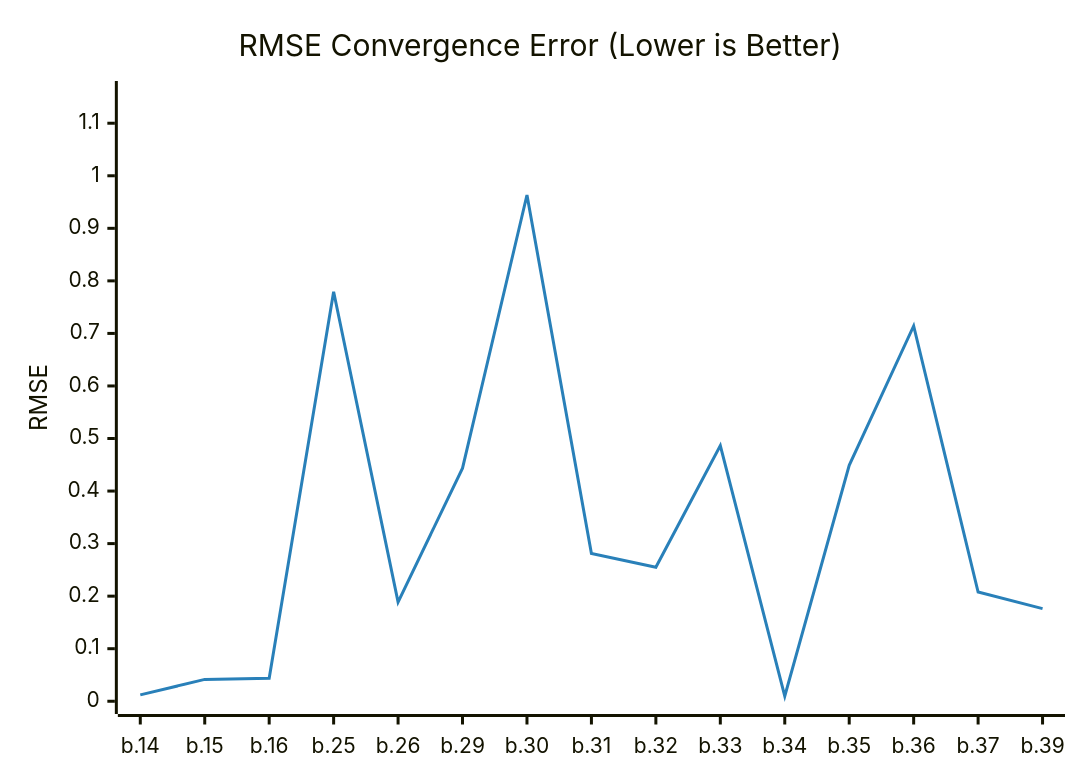
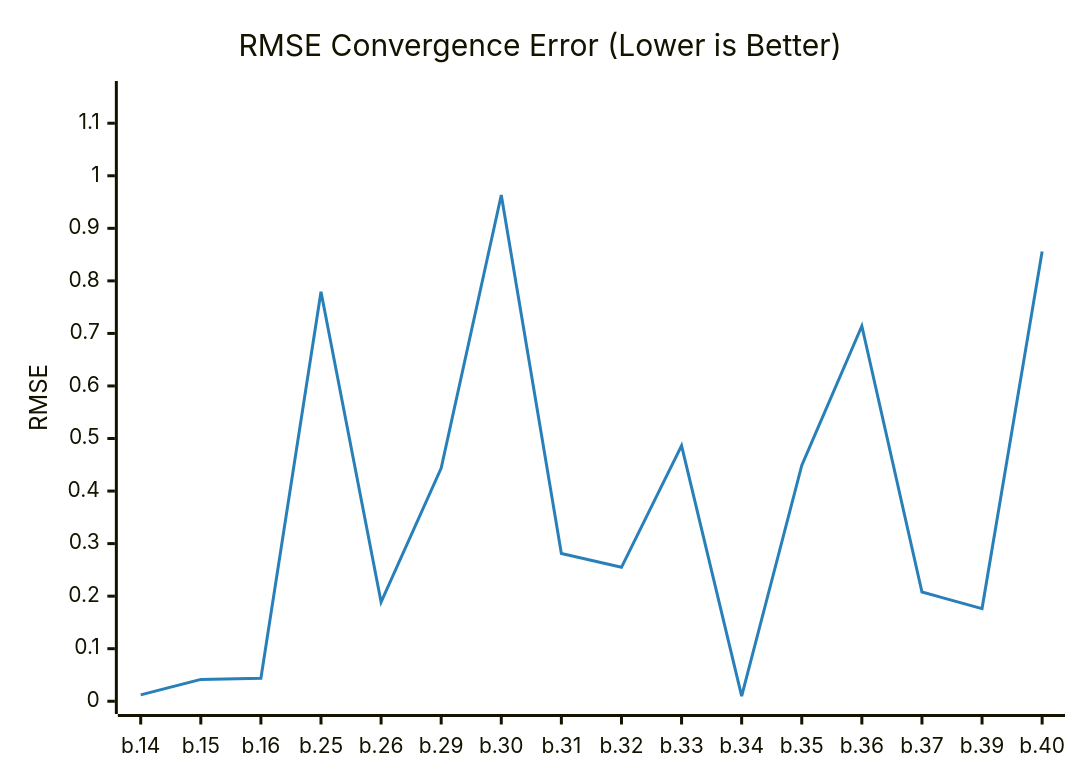
One commit to timo-eberl/tracy changed the diagram in README.md. Above: the diagram before and after it, drawn with Mermaid. The commit also changed other lines of this file and 3 other files, not shown here.

````diff
--- a/README.md
+++ b/README.md
@@ -13,14 +13,14 @@
 ```mermaid
 ---
 config:
     theme: base
     themeVariables:
         xyChart:
             plotColorPalette: "#2980b9"
 ---
 xychart-beta
     title "RMSE Convergence Error (Lower is Better)"
-    x-axis ["b.14", "b.15", "b.16", "b.25", "b.26", "b.29", "b.30", "b.31", "b.32", "b.33", "b.34", "b.35", "b.36", "b.37", "b.39"]
+    x-axis ["b.14", "b.15", "b.16", "b.25", "b.26", "b.29", "b.30", "b.31", "b.32", "b.33", "b.34", "b.35", "b.36", "b.37", "b.39", "b.40"]
     y-axis "RMSE" 0 --> 1.1561
-    line [0.012064, 0.041607, 0.043946, 0.7793, 0.1888, 0.4436, 0.9634, 0.2812, 0.2549, 0.4864, 0.0098, 0.4489, 0.7142, 0.2079, 0.1763]
+    line [0.012064, 0.041607, 0.043946, 0.7793, 0.1888, 0.4436, 0.9634, 0.2812, 0.2549, 0.4864, 0.0098, 0.4489, 0.7142, 0.2079, 0.1763, 0.8557]
 ```
````
